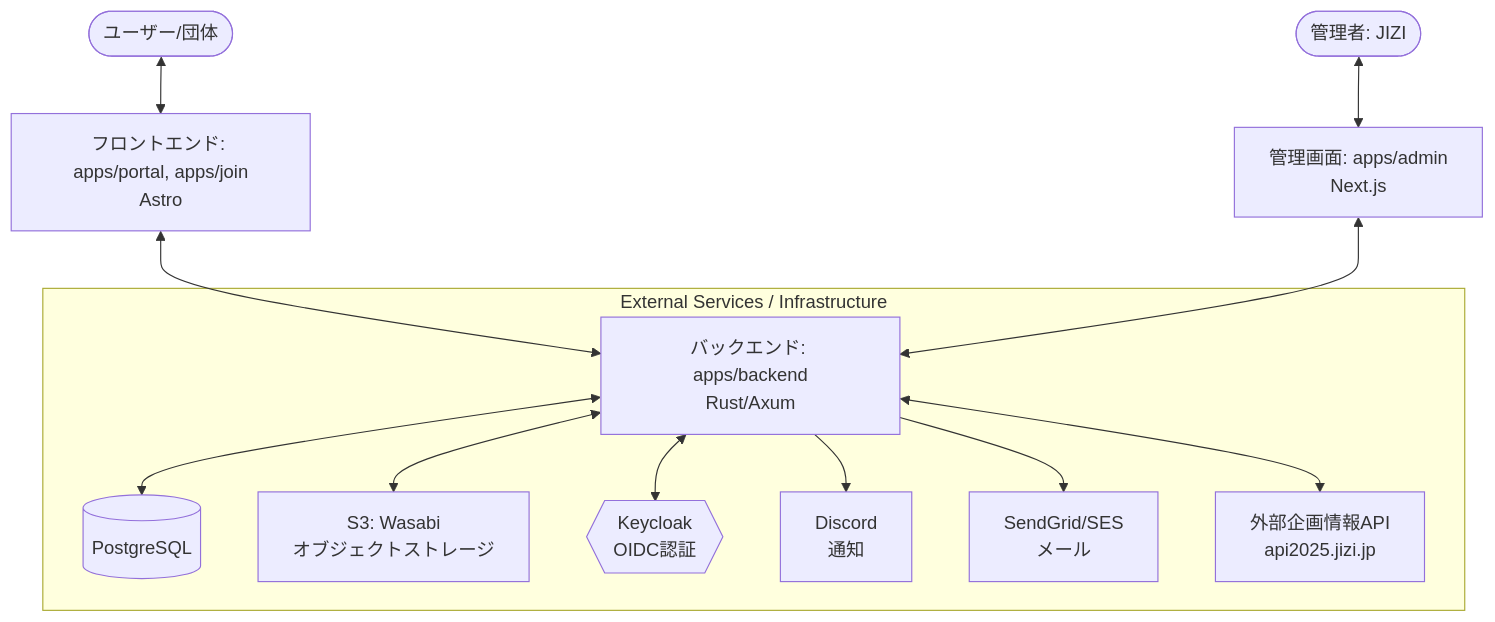
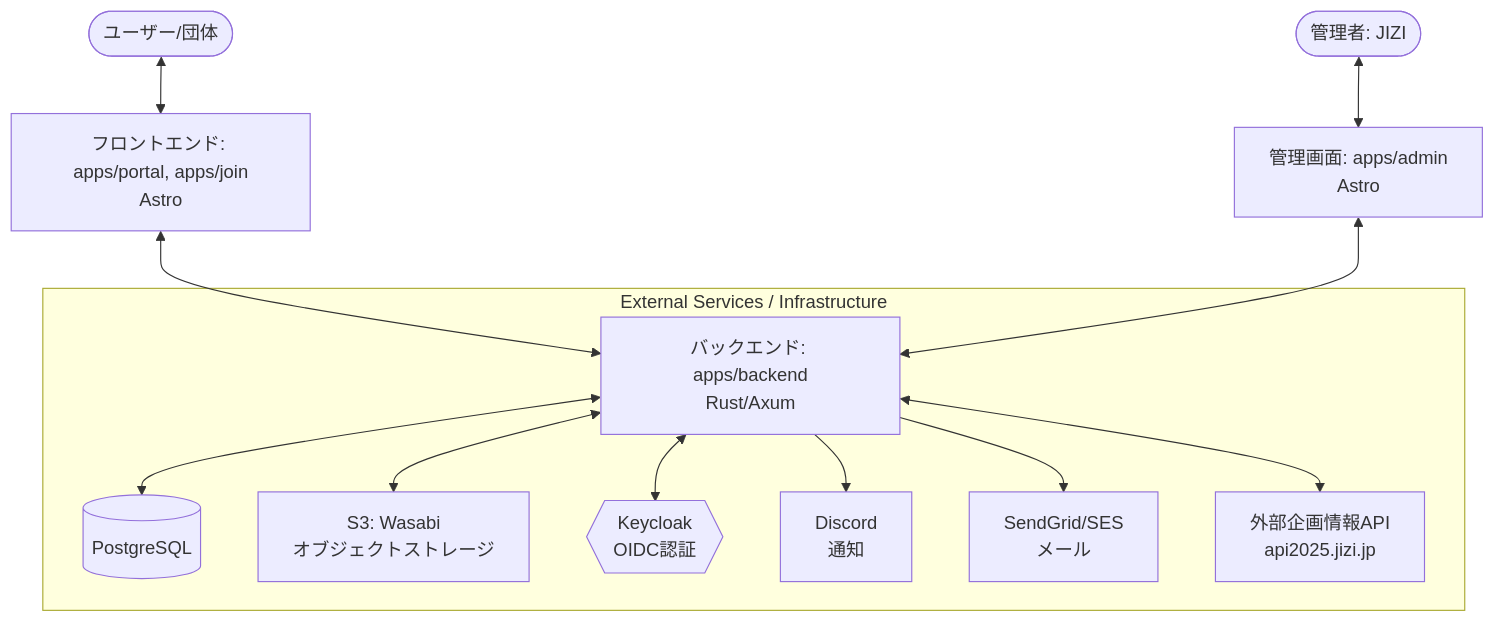
The diagram in docs/20_architecture.md (jizi-isct/koudaisai-portal), drawn with Mermaid before and after one commit. The commit also changed other lines of this file and 23 other files, not shown here.

````diff
--- a/docs/20_architecture.md
+++ b/docs/20_architecture.md
@@ -7,17 +7,17 @@
 ```mermaid
 graph TD
     User([ユーザー/団体]) <--> Frontend[フロントエンド: apps/portal, apps/join<br/>Astro]
-    Admin([管理者: JIZI]) <--> AdminFrontend[管理画面: apps/admin<br/>Next.js]
+    Admin([管理者: JIZI]) <--> AdminFrontend[管理画面: apps/admin<br/>Astro]
     
     Frontend <--> Backend[バックエンド: apps/backend<br/>Rust/Axum]
     AdminFrontend <--> Backend
     
     subgraph "External Services / Infrastructure"
         Backend <--> DB[(PostgreSQL)]
         Backend <--> S3[S3: Wasabi<br/>オブジェクトストレージ]
         Backend <--> Keycloak{{Keycloak<br/>OIDC認証}}
         Backend --> Discord[Discord<br/>通知]
         Backend --> SendGrid[SendGrid/SES<br/>メール]
         Backend <--> ExternalAPI[外部企画情報API<br/>api2025.jizi.jp]
     end
 ```
````
